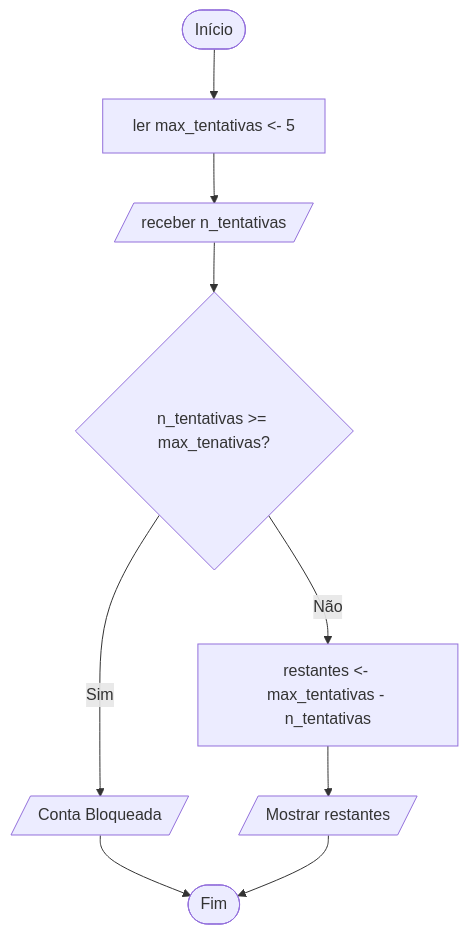
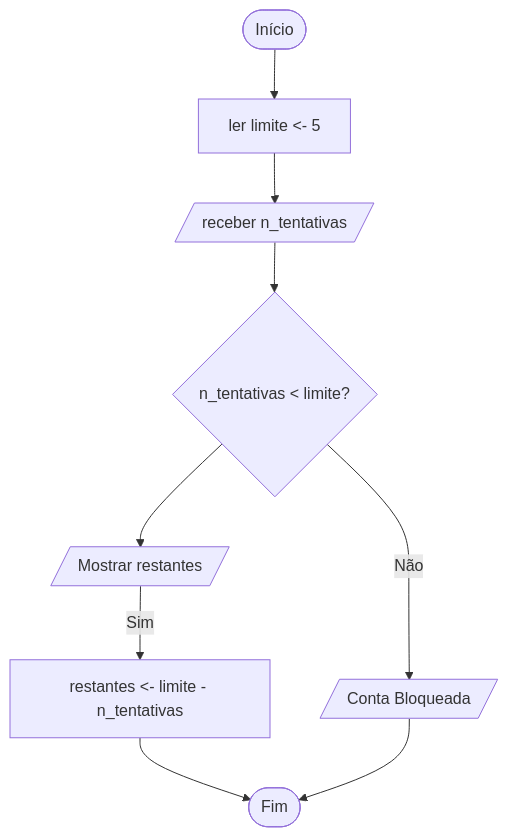
Before and after one commit to robertatramontina/cybersecurity_course: the diagram in python606/s4_ex_assinc_flux.mmd, drawn with Mermaid. The commit also changed 3 other files, not shown here.

```diff
--- a/python606/s4_ex_assinc_flux.mmd
+++ b/python606/s4_ex_assinc_flux.mmd
@@ -1,9 +1,10 @@
 flowchart TD
-    A([Início]) --> B[ler max_tentativas <- 5]
+    A([Início]) --> B[ler limite <- 5]
     B --> C[/receber n_tentativas/]
-    C --> D{n_tentativas >= max_tenativas?}
-    D -- Sim --> E[/Conta Bloqueada/]
-    D -- Não --> F[restantes <- max_tentativas - n_tentativas]
-    F --> G[/Mostrar restantes/]
-    E --> H([Fim])
+    C --> D{n_tentativas < limite?}
+    D --> E[/Mostrar restantes/]
+    E -- Sim --> F[restantes <- limite - n_tentativas]
+    D -- Não --> G[/Conta Bloqueada/]
+        
+    F --> H([Fim])
     G --> H([Fim])
```
